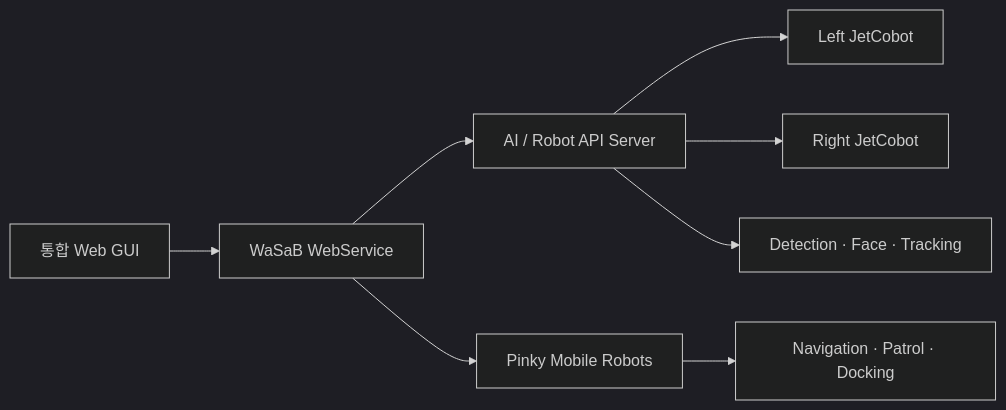
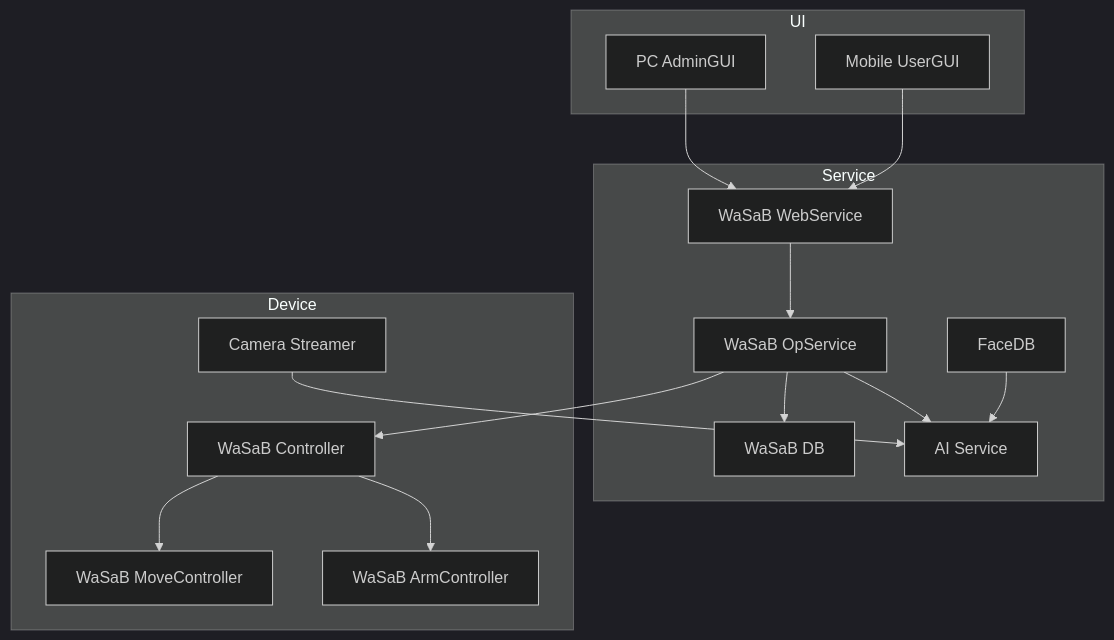
One commit to bemin0214/wasab_project changed the diagram in README.md. Above: the diagram before and after it, drawn with Mermaid (dark theme). The commit also changed other lines of this file, not shown here.

````diff
--- a/README.md
+++ b/README.md
@@ -15,10 +41,33 @@
 ```mermaid
-flowchart LR
-    UI["통합 Web GUI"] --> WS["WaSaB WebService"]
-    WS --> AI["AI / Robot API Server"]
-    AI --> LA["Left JetCobot"]
-    AI --> RA["Right JetCobot"]
-    WS --> MR["Pinky Mobile Robots"]
-    MR --> NAV["Navigation · Patrol · Docking"]
-    AI --> CV["Detection · Face · Tracking"]
+flowchart TB
+    subgraph UI["UI"]
+        ADMIN["PC AdminGUI"]
+        USER["Mobile UserGUI"]
+    end
+
+    subgraph SERVICE["Service"]
+        WEB["WaSaB WebService"]
+        OP["WaSaB OpService"]
+        DB["WaSaB DB"]
+        AI["AI Service"]
+        FACE["FaceDB"]
+    end
+
+    subgraph DEVICE["Device"]
+        CTRL["WaSaB Controller"]
+        MOVE["WaSaB MoveController"]
+        ARM["WaSaB ArmController"]
+        STREAM["Camera Streamer"]
+    end
+
+    ADMIN --> WEB
+    USER --> WEB
+    WEB --> OP
+    OP --> DB
+    OP --> AI
+    FACE --> AI
+    OP --> CTRL
+    CTRL --> MOVE
+    CTRL --> ARM
+    STREAM --> AI
 ```
````
